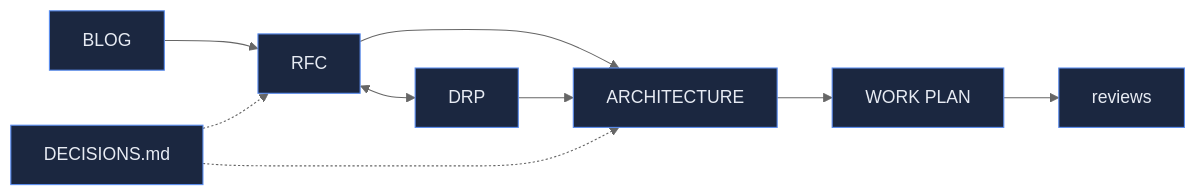
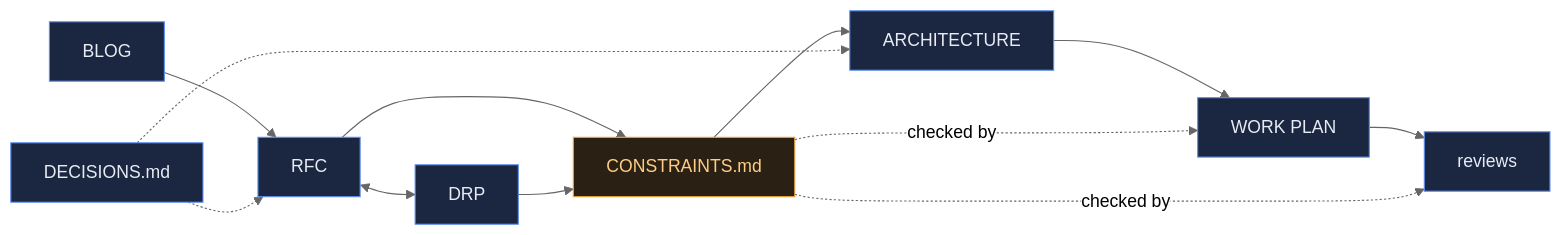
Before and after one commit to dsivov/ONBOARDING: the diagram in templates/DOCS_INDEX.template.md, drawn with Mermaid (neutral theme). The commit also changed other lines of this file and 17 other files, not shown here.

````diff
--- a/templates/DOCS_INDEX.template.md
+++ b/templates/DOCS_INDEX.template.md
@@ -9,12 +9,16 @@
 ```mermaid
 flowchart LR
   BLOG --> RFC
   RFC <--> DRP
-  RFC --> ARCH[ARCHITECTURE]
-  DRP --> ARCH
+  RFC --> CON[CONSTRAINTS.md]
+  DRP --> CON
+  CON --> ARCH[ARCHITECTURE]
   ARCH --> WP[WORK PLAN] --> REV[reviews]
+  CON -.checked by.-> WP
+  CON -.checked by.-> REV
   DEC[DECISIONS.md] -.-> RFC
   DEC -.-> ARCH
   classDef n fill:#1b2740,stroke:#5b8def,color:#e7ebf3;
-  class BLOG,RFC,DRP,ARCH,WP,REV,DEC n;
+  classDef c fill:#2a2114,stroke:#f0a73c,color:#ffce86;
+  class BLOG,RFC,DRP,ARCH,WP,REV,DEC n; class CON c;
 ```
````
